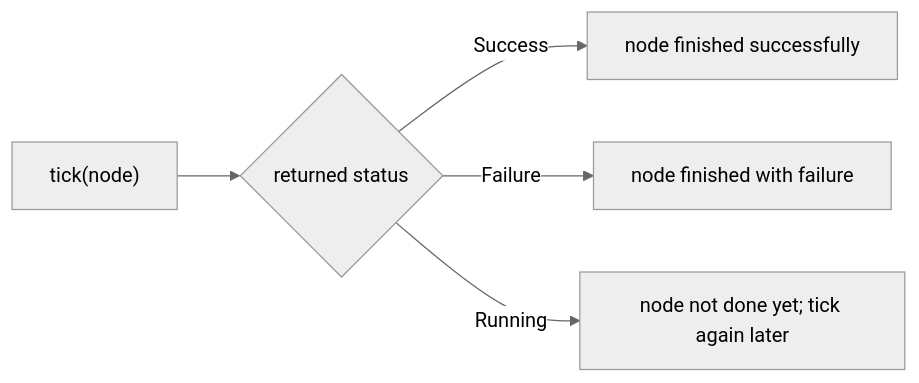
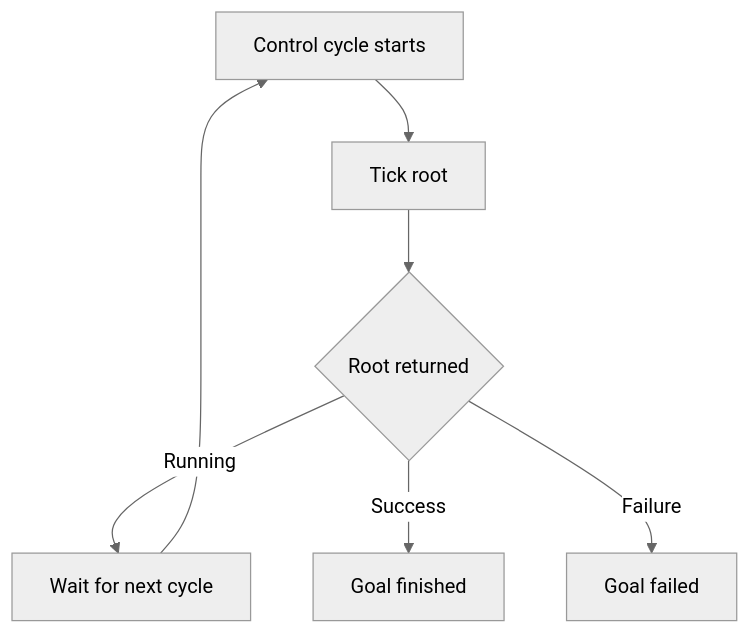
One commit to kaeladair/arbor changed the first of 4 diagrams in README.md. Above: the diagram before and after it, drawn with Mermaid (neutral theme). The commit also changed other lines of this file, not shown here.

````diff
--- a/README.md
+++ b/README.md
@@ -22,7 +25,9 @@
 ```mermaid
-flowchart LR
-    Tick["tick(node)"] --> S{"returned status"}
-    S -->|Success| A["node finished successfully"]
-    S -->|Failure| B["node finished with failure"]
-    S -->|Running| C["node not done yet; tick again later"]
+flowchart TD
+    A["Control cycle starts"] --> B["Tick root"]
+    B --> C{"Root returned"}
+    C -->|Running| D["Wait for next cycle"]
+    D --> A
+    C -->|Success| E["Goal finished"]
+    C -->|Failure| F["Goal failed"]
 ```
````
